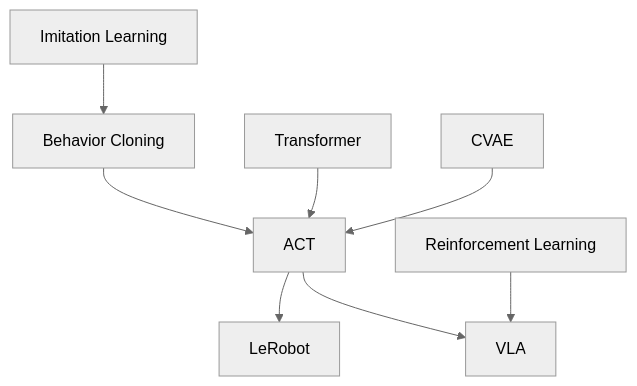
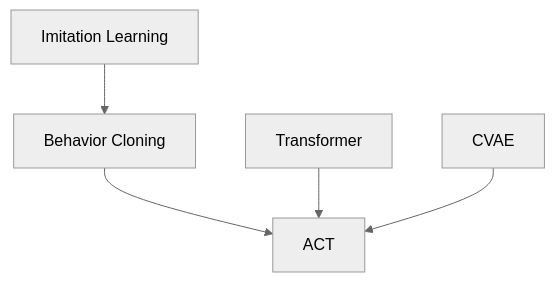
The diagram in docs/robot-learning/index.md (SeanLii/XunBlog), drawn with Mermaid (neutral theme) before and after one commit. The commit also changed other lines of this file and 49 other files, not shown here.

Commit message:
integrate ACT knowledge graph

````diff
--- a/docs/robot-learning/index.md
+++ b/docs/robot-learning/index.md
@@ -14,10 +14,7 @@
 ```mermaid
 flowchart TD
   A[Imitation Learning] --> B[Behavior Cloning]
   B --> C[ACT]
   D[Transformer] --> C
   E[CVAE] --> C
-  C --> F[LeRobot]
-  C --> G[VLA]
-  H[Reinforcement Learning] --> G
 ```
````
